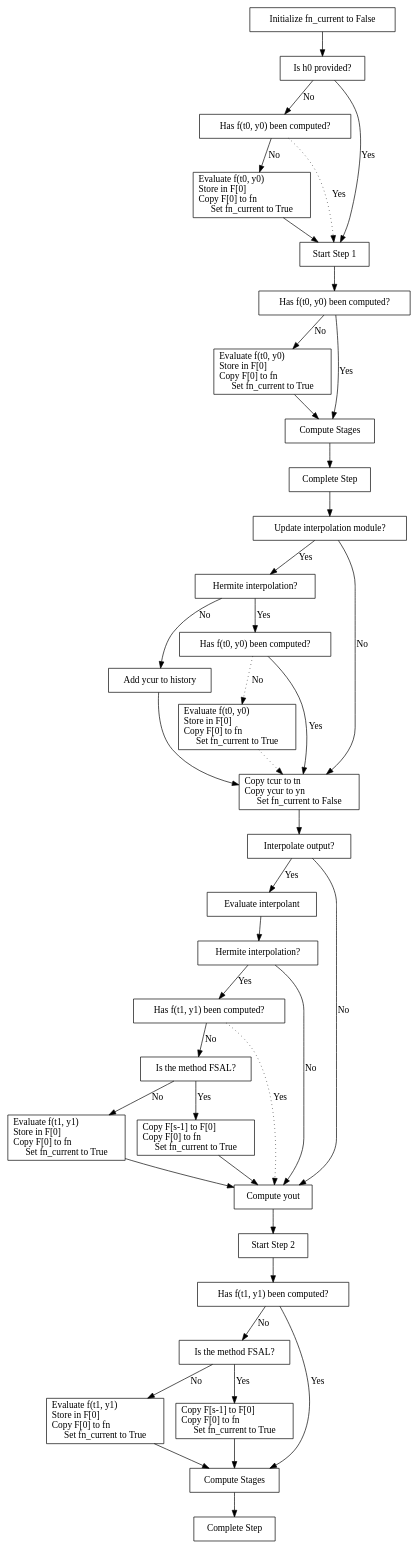
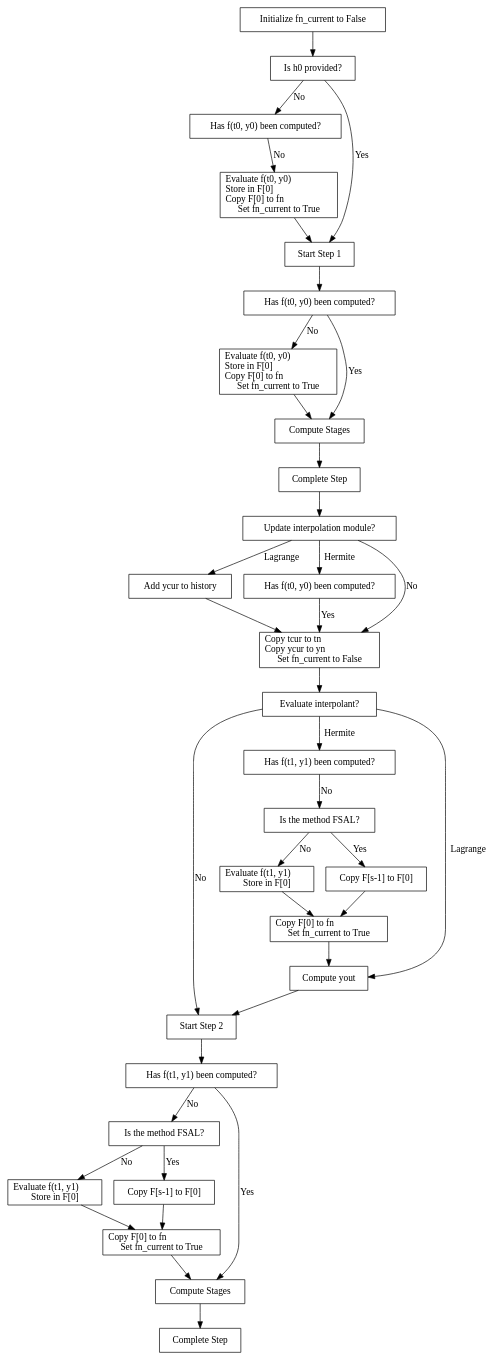
Before and after one commit to LLNL/sundials: the first of 2 diagrams in doc/sundials_developers/source/packages/ARKODE.rst, drawn with Graphviz. The commit also changed other lines of this file, not shown here.

Commit message:
update ERK flow chart, start ARK flow chart

```diff
--- a/doc/sundials_developers/source/packages/ARKODE.rst
+++ b/doc/sundials_developers/source/packages/ARKODE.rst
@@ -22,4 +22,4 @@
-.. digraph:: fullrhs
+.. digraph:: erk_fullrhs
 
    node [shape=box]
 
@@ -32,7 +32,6 @@
    start -> h0
    h0 -> step1 [label="Yes"]
    h0 -> f0q1 [label="No"]
-   f0q1 -> step1 [label="Yes", style="dotted"]
    f0q1 -> eval1 [label="No"]
    eval1 -> step1
 
@@ -48,57 +47,51 @@
    stages1 -> complete
 
    interp_update [label="Update interpolation module?"];
-   hermite1      [label="Hermite interpolation?"];
    lagrange1     [label="Add ycur to history"]
    f0q3          [label="Has f(t0, y0) been computed?"];
-   eval3         [label="Evaluate f(t0, y0)\lStore in F[0]\lCopy F[0] to fn\lSet fn_current to True"];
    update_yn     [label="Copy tcur to tn\lCopy ycur to yn\lSet fn_current to False"];
 
    complete -> interp_update
    interp_update -> update_yn [label="No"]
-   interp_update -> hermite1 [label="Yes"]
-   hermite1 -> lagrange1 [label="No"]
-   hermite1 -> f0q3 [label="Yes"]
+   interp_update -> lagrange1 [label="Lagrange"]
    lagrange1 -> update_yn
+   interp_update -> f0q3 [label="Hermite"]
    f0q3 -> update_yn [label="Yes"]
-   f0q3 -> eval3 [label="No", style="dotted"]
-   eval3 -> update_yn [style="dotted"]
 
-   interp      [label="Interpolate output?"];
-   interp_eval [label="Evaluate interpolant"]
+   interp_eval [label="Evaluate interpolant?"]
    step2       [label="Start Step 2"];
    f1q1        [label="Has f(t1, y1) been computed?"];
-   hermite2    [label="Hermite interpolation?"];
    fsal1       [label="Is the method FSAL?"]
-   eval4       [label="Evaluate f(t1, y1)\lStore in F[0]\lCopy F[0] to fn\lSet fn_current to True"];
-   copy1       [label="Copy F[s-1] to F[0]\lCopy F[0] to fn\lSet fn_current to True"];
+   eval3       [label="Evaluate f(t1, y1)\lStore in F[0]"];
+   copy1       [label="Copy F[s-1] to F[0]"];
+   fcur1       [label="Copy F[0] to fn\lSet fn_current to True"];
    interp_yout [label="Compute yout"]
 
-   update_yn -> interp
-   interp -> interp_yout [label="No"]
-   interp -> interp_eval [label="Yes"]
-   interp_eval -> hermite2
-   hermite2 -> interp_yout [label="No"]
-   hermite2 -> f1q1 [label="Yes"]
-   f1q1 -> interp_yout [label="Yes", style="dotted"]
+   update_yn -> interp_eval
+   interp_eval -> step2 [label="No"]
+   interp_eval -> interp_yout [label="Lagrange"]
+   interp_eval -> f1q1 [label="Hermite"]
    f1q1 -> fsal1 [label="No"]
-   fsal1 -> eval4 [label="No"]
+   fsal1 -> eval3 [label="No"]
+   eval3 -> fcur1
    fsal1 -> copy1 [label="Yes"]
-   copy1 -> interp_yout
-   eval4 -> interp_yout
+   copy1 -> fcur1
+   fcur1 -> interp_yout
    interp_yout -> step2
 
    f1q2    [label="Has f(t1, y1) been computed?"];
    fsal2   [label="Is the method FSAL?"]
-   eval5   [label="Evaluate f(t1, y1)\lStore in F[0]\lCopy F[0] to fn\lSet fn_current to True"];
-   copy2   [label="Copy F[s-1] to F[0]\lCopy F[0] to fn\lSet fn_current to True"];
+   eval4   [label="Evaluate f(t1, y1)\lStore in F[0]"];
+   copy2   [label="Copy F[s-1] to F[0]"];
+   fcur2   [label="Copy F[0] to fn\lSet fn_current to True"];
    stages2 [label="Compute Stages"]
 
    step2 -> f1q2
    f1q2 -> stages2 [label="Yes"]
    f1q2 -> fsal2 [label="No"]
    fsal2 -> copy2 [label="Yes"]
-   fsal2 -> eval5 [label="No"]
-   copy2 -> stages2
-   eval5 -> stages2
+   copy2 -> fcur2
+   fsal2 -> eval4 [label="No"]
+   eval4 -> fcur2
+   fcur2 -> stages2
    stages2 -> "Complete Step"
```
